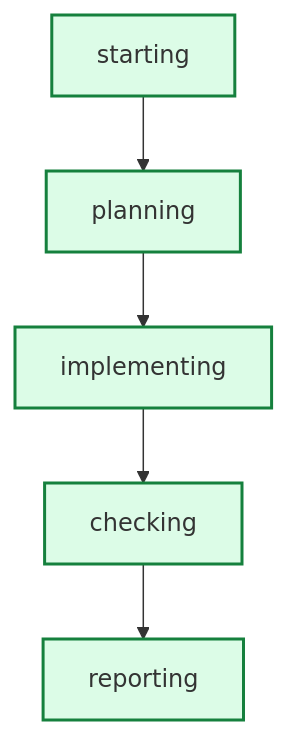
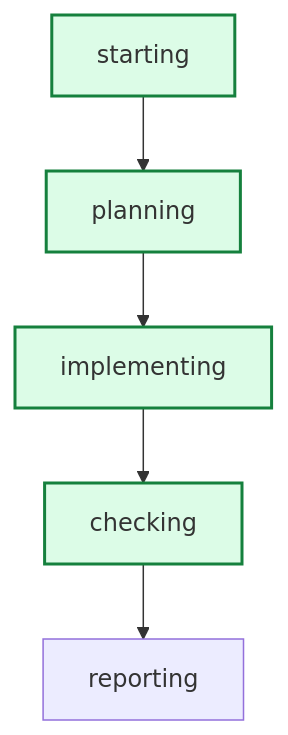
One commit to daniell0gda/hermes-feature-check-dashboard changed the diagram in latest/graph.mmd. Above: the diagram before and after it, drawn with Mermaid. The commit also changed 42 other files, not shown here.

```diff
--- a/latest/graph.mmd
+++ b/latest/graph.mmd
@@ -1,14 +1,13 @@
 graph TD
     starting --> planning
     planning --> implementing
     implementing --> checking
     checking --> reporting
 
 classDef done fill:#dcfce7,stroke:#15803d,stroke-width:2px;
 classDef active fill:#dbeafe,stroke:#2563eb,stroke-width:3px;
 classDef failed fill:#fee2e2,stroke:#b42318,stroke-width:2px;
+class implementing done;
 class checking done;
-class implementing done;
 class starting done;
-class reporting done;
 class planning done;
```
